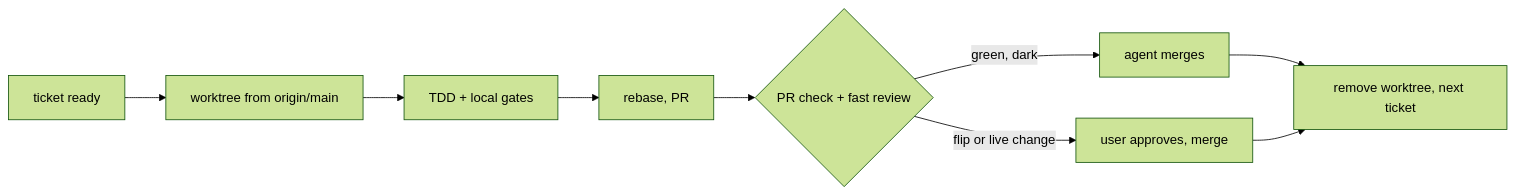
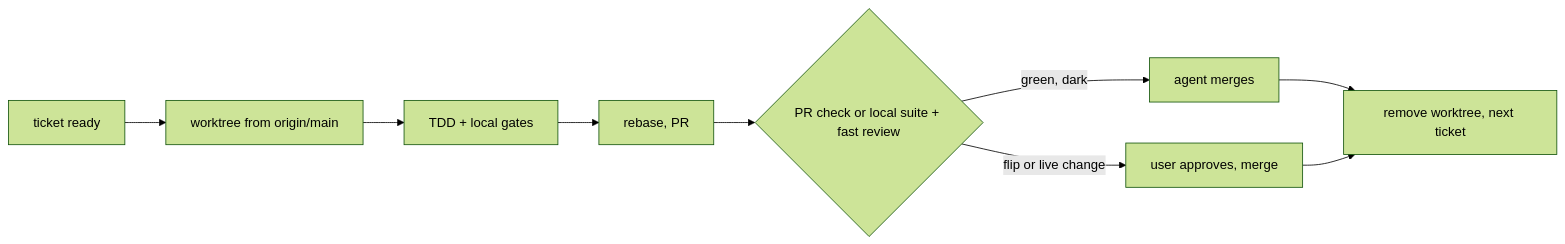
The diagram in skills/ship-to-trunk/SKILL.md (ivanDsky/skills), drawn with Mermaid (forest theme) before and after one commit. The commit also changed other lines of this file and 7 other files, not shown here.

````diff
--- a/skills/ship-to-trunk/SKILL.md
+++ b/skills/ship-to-trunk/SKILL.md
@@ -59,11 +60,11 @@
 ```mermaid
 flowchart LR
   A[ticket ready] --> B[worktree from origin/main]
   B --> C[TDD + local gates]
   C --> D[rebase, PR]
-  D --> E{PR check + fast review}
+  D --> E{PR check or local suite + fast review}
   E -->|green, dark| F[agent merges]
   E -->|flip or live change| G[user approves, merge]
   F --> H[remove worktree, next ticket]
   G --> H
 ```
````
